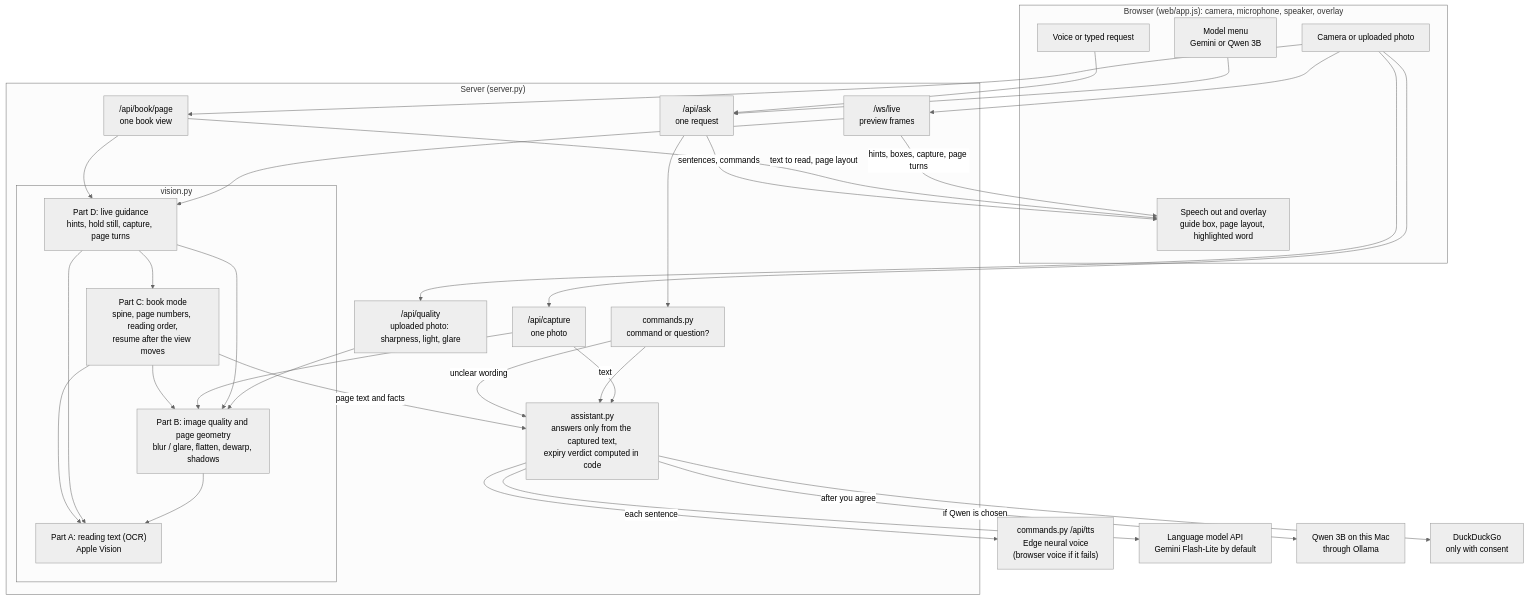
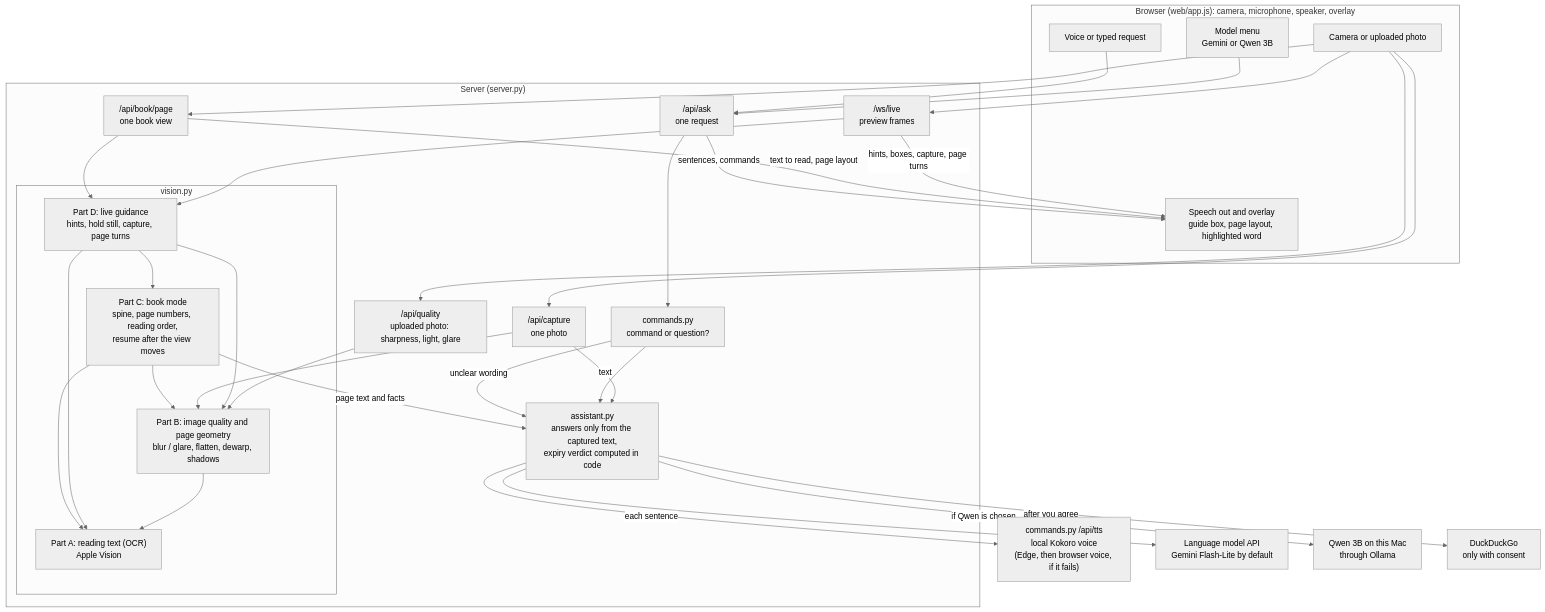
Before and after one commit to neerajprao/Helping_Eyes-main: the first of 2 diagrams in README.md, drawn with Mermaid (neutral theme). The commit also changed other lines of this file and 26 other files, not shown here.

Commit message:
used local kokoro tts

````diff
--- a/README.md
+++ b/README.md
@@ -78,63 +78,63 @@
 ```mermaid
 flowchart TB
     subgraph BR["Browser (web/app.js): camera, microphone, speaker, overlay"]
         CAM[Camera or uploaded photo]
         MODEL[Model menu<br/>Gemini or Qwen 3B]
         MIC[Voice or typed request]
         OUT[Speech out and overlay<br/>guide box, page layout, highlighted word]
     end
 
     subgraph SV["Server (server.py)"]
         WS["/ws/live<br/>preview frames"]
         CAP["/api/capture<br/>one photo"]
         QLT["/api/quality<br/>uploaded photo: sharpness, light, glare"]
         BK["/api/book/page<br/>one book view"]
         ASK["/api/ask<br/>one request"]
         CMD["commands.py<br/>command or question?"]
 
         subgraph VIS["vision.py"]
             LIVE["Part D: live guidance<br/>hints, hold still, capture, page turns"]
             BOOKM["Part C: book mode<br/>spine, page numbers, reading order,<br/>resume after the view moves"]
             QUAL["Part B: image quality and page geometry<br/>blur / glare, flatten, dewarp, shadows"]
             OCRP["Part A: reading text (OCR)<br/>Apple Vision"]
         end
 
         DA["assistant.py<br/>answers only from the captured text,<br/>expiry verdict computed in code"]
     end
 
-    VOICE["commands.py /api/tts<br/>Edge neural voice<br/>(browser voice if it fails)"]
+    VOICE["commands.py /api/tts<br/>local Kokoro voice<br/>(Edge, then browser voice, if it fails)"]
     LLM[Language model API<br/>Gemini Flash-Lite by default]
     QWEN[Qwen 3B on this Mac<br/>through Ollama]
     WEB[DuckDuckGo<br/>only with consent]
 
     CAM --> WS
     CAM --> CAP
     CAM --> QLT
     QLT --> QUAL
     MODEL --> ASK
     CAM --> BK
     MIC --> ASK
 
     WS --> LIVE
     BK --> LIVE
     LIVE --> BOOKM
     LIVE --> QUAL
     CAP --> QUAL
     BOOKM --> QUAL
     QUAL --> OCRP
     LIVE --> OCRP
     BOOKM --> OCRP
     BOOKM -- page text and facts --> DA
     CAP -- text --> DA
     ASK --> CMD
     CMD --> DA
     CMD -- unclear wording --> DA
     DA --> LLM
     DA -- if Qwen is chosen --> QWEN
     DA -- after you agree --> WEB
     DA -- each sentence --> VOICE
 
     WS -- hints, boxes, capture, page turns --> OUT
     BK -- text to read, page layout --> OUT
     ASK -- sentences, commands --> OUT
 ```
````
